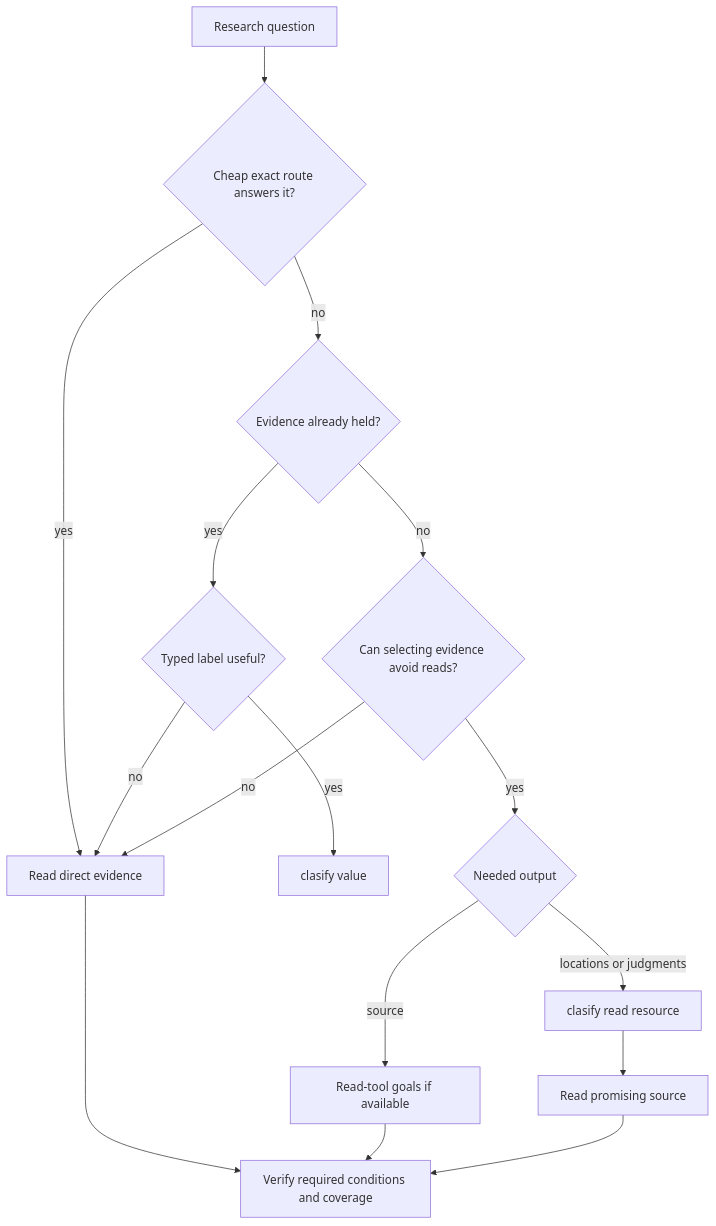
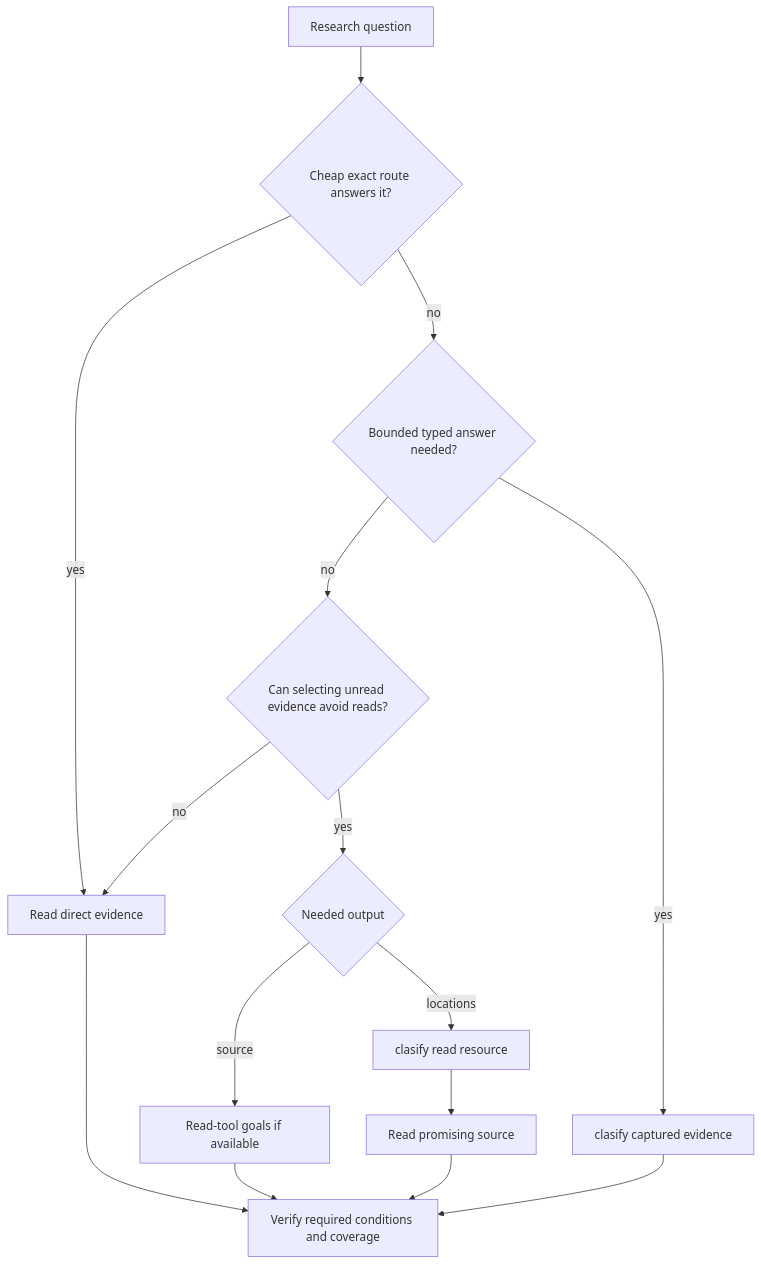
The first of 2 diagrams in docs/OCTOCODE_CLASIFY.md (bgauryy/octocode-mcp), drawn with Mermaid before and after one commit. The commit also changed other lines of this file and 249 other files, not shown here.

````diff
--- a/docs/OCTOCODE_CLASIFY.md
+++ b/docs/OCTOCODE_CLASIFY.md
@@ -16,16 +16,14 @@
 ```mermaid
 flowchart TD
     Q[Research question] --> E{Cheap exact route answers it?}
     E -- yes --> D[Read direct evidence]
-    E -- no --> H{Evidence already held?}
-    H -- yes --> L{Typed label useful?}
-    L -- yes --> J[clasify value]
-    L -- no --> D
-    H -- no --> B{Can selecting evidence avoid reads?}
+    E -- no --> T{Bounded typed answer needed?}
+    T -- yes --> J[clasify captured evidence]
+    T -- no --> B{Can selecting unread evidence avoid reads?}
     B -- no --> D
     B -- yes --> O{Needed output}
     O -- source --> G[Read-tool goals if available]
-    O -- locations or judgments --> C[clasify read resource]
+    O -- locations --> C[clasify read resource]
     C --> R[Read promising source]
-    D & G & R --> V[Verify required conditions and coverage]
+    D & G & R & J --> V[Verify required conditions and coverage]
 ```
````
